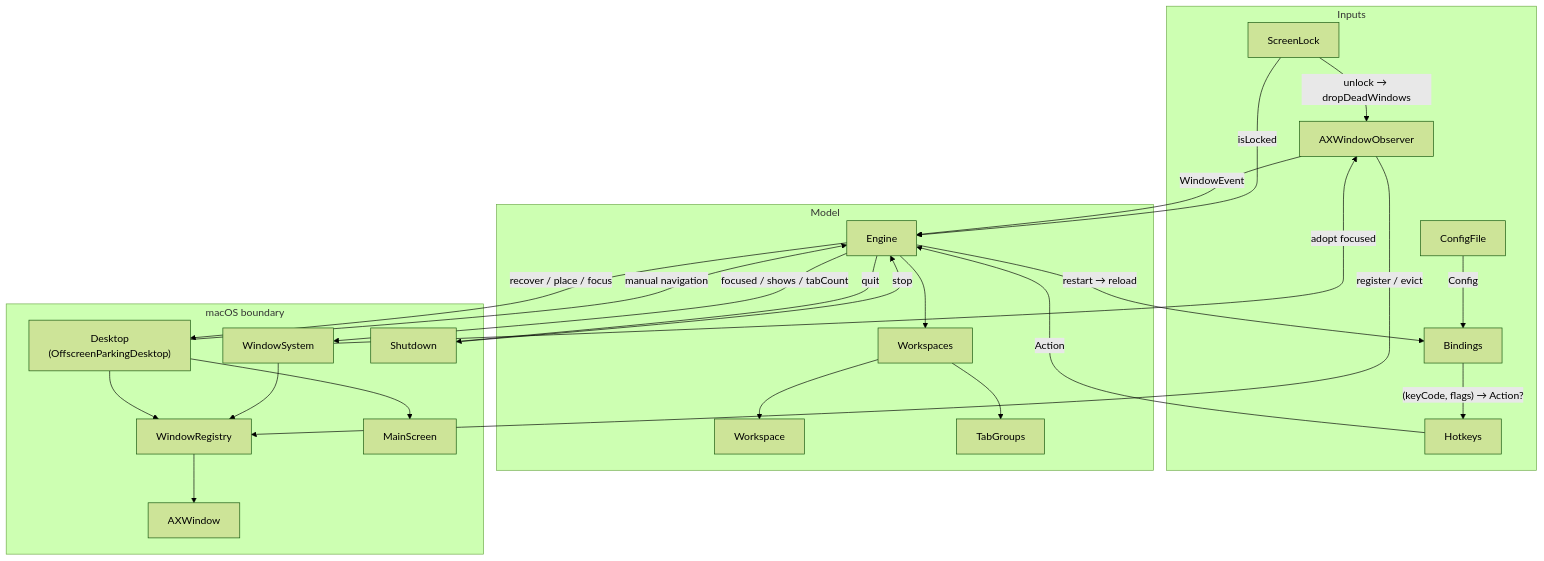
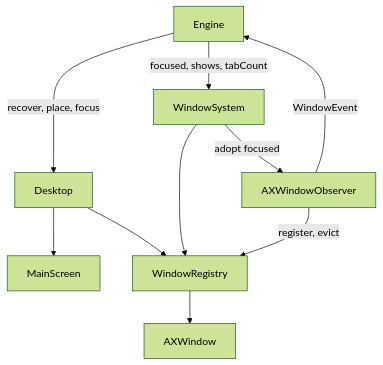
The fifth of 16 diagrams in ARCHITECTURE.md (brennovich/ottowm), drawn with Mermaid (forest theme) before and after one commit. The commit also changed other lines of this file, not shown here.

First line of the commit message:
Restructure ARCHITECTURE.md around C4 levels

````diff
--- a/ARCHITECTURE.md
+++ b/ARCHITECTURE.md
@@ -23,48 +113,12 @@
 ```mermaid
 flowchart TB
-    subgraph inputs[Inputs]
-        AXWindowObserver
-        Hotkeys
-        Bindings
-        ConfigFile
-        ScreenLock
-    end
-
-    subgraph model[Model]
-        Engine
-        Workspaces
-        Workspace
-        TabGroups
-    end
-
-    subgraph os[macOS boundary]
-        Desktop["Desktop<br/>(OffscreenParkingDesktop)"]
-        WindowSystem
-        WindowRegistry
-        AXWindow
-        MainScreen
-        Shutdown
-    end
-
+    Engine -->|recover, place, focus| Desktop
+    Engine -->|focused, shows, tabCount| WindowSystem
     AXWindowObserver -->|WindowEvent| Engine
-    ConfigFile -->|Config| Bindings
-    Bindings -->|"(keyCode, flags) → Action?"| Hotkeys
-    Hotkeys -->|Action| Engine
-    Engine -->|restart → reload| Bindings
-    Engine -->|quit| Shutdown
-    Shutdown -->|stop| Engine
-    ScreenLock -->|isLocked| Engine
-    ScreenLock -->|unlock → dropDeadWindows| AXWindowObserver
-    Engine --> Workspaces
-    Workspaces --> Workspace
-    Workspaces --> TabGroups
-    Engine -->|recover / place / focus| Desktop
-    Engine -->|focused / shows / tabCount| WindowSystem
-    Desktop -->|manual navigation| Engine
-    AXWindowObserver -->|register / evict| WindowRegistry
+    Desktop --> MainScreen
     Desktop --> WindowRegistry
-    Desktop --> MainScreen
     WindowSystem --> WindowRegistry
     WindowSystem -->|adopt focused| AXWindowObserver
+    AXWindowObserver -->|register, evict| WindowRegistry
     WindowRegistry --> AXWindow
 ```
````
